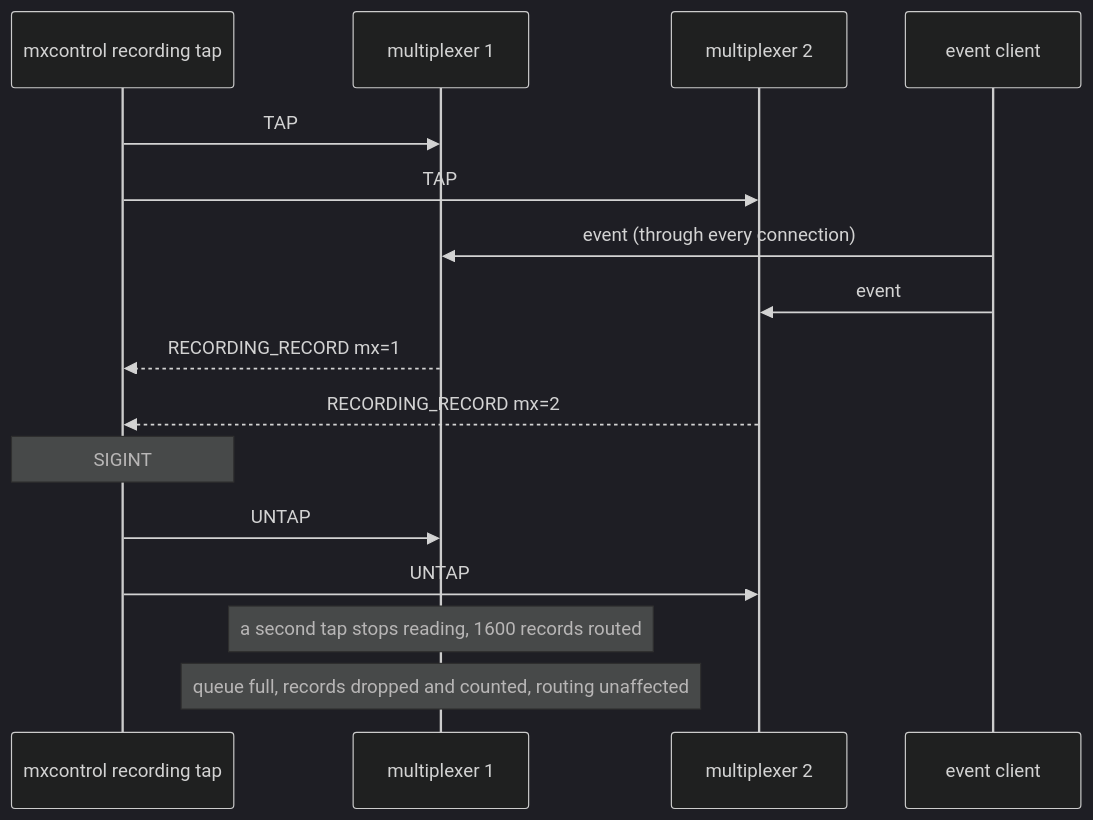
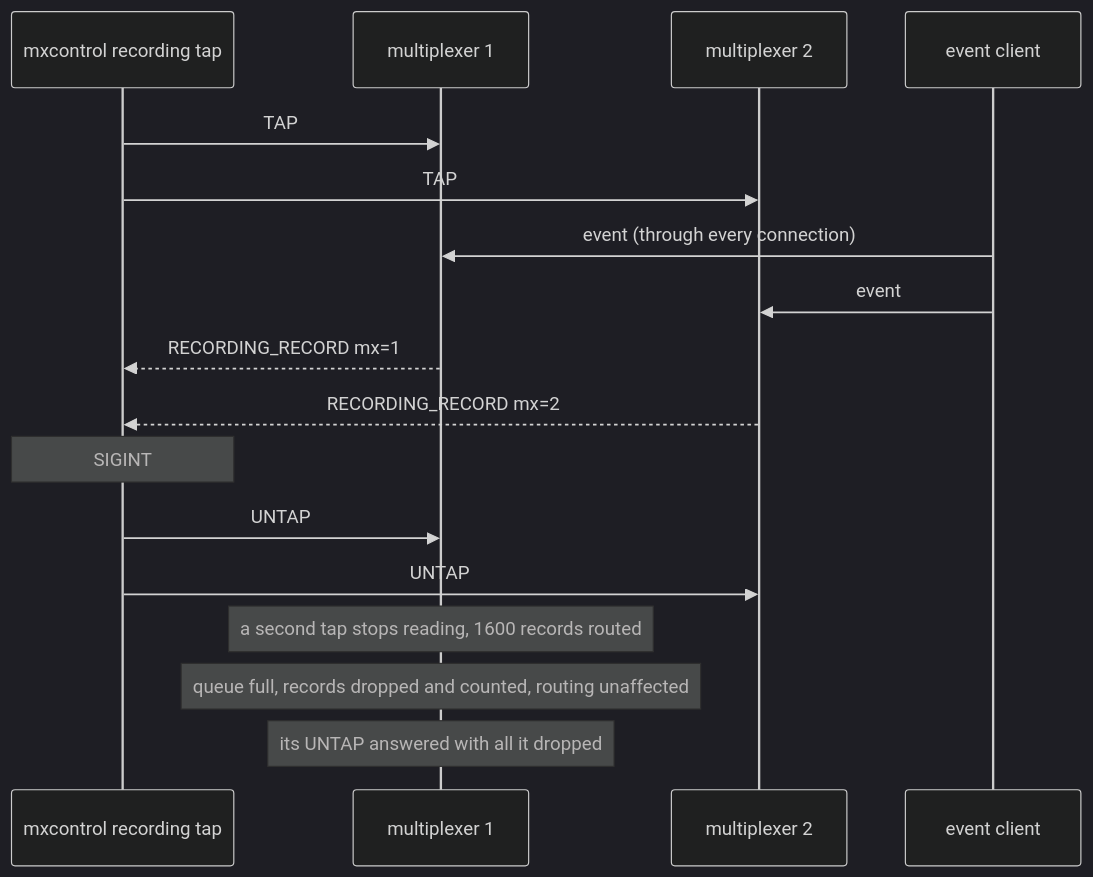
Before and after one commit to kulewski/multiplexer: the diagram in tests/scenarios/recording_tap/README.md, drawn with Mermaid (dark theme). The commit also changed other lines of this file and 190 other files, not shown here.

````diff
--- a/tests/scenarios/recording_tap/README.md
+++ b/tests/scenarios/recording_tap/README.md
@@ -13,18 +13,19 @@
 ```mermaid
 sequenceDiagram
     participant T as mxcontrol recording tap
     participant M1 as multiplexer 1
     participant M2 as multiplexer 2
     participant E as event client
     T->>M1: TAP
     T->>M2: TAP
     E->>M1: event (through every connection)
     E->>M2: event
     M1-->>T: RECORDING_RECORD mx=1
     M2-->>T: RECORDING_RECORD mx=2
     Note over T: SIGINT
     T->>M1: UNTAP
     T->>M2: UNTAP
     Note over M1: a second tap stops reading, 1600 records routed
     Note over M1: queue full, records dropped and counted, routing unaffected
+    Note over M1: its UNTAP answered with all it dropped
 ```
````
